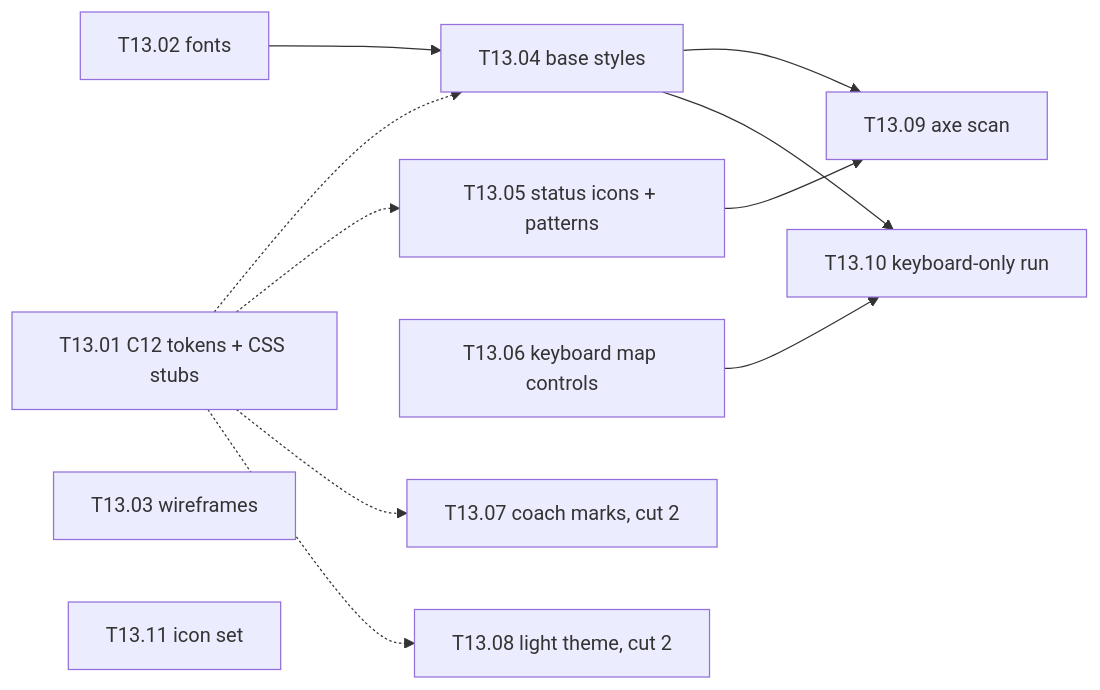
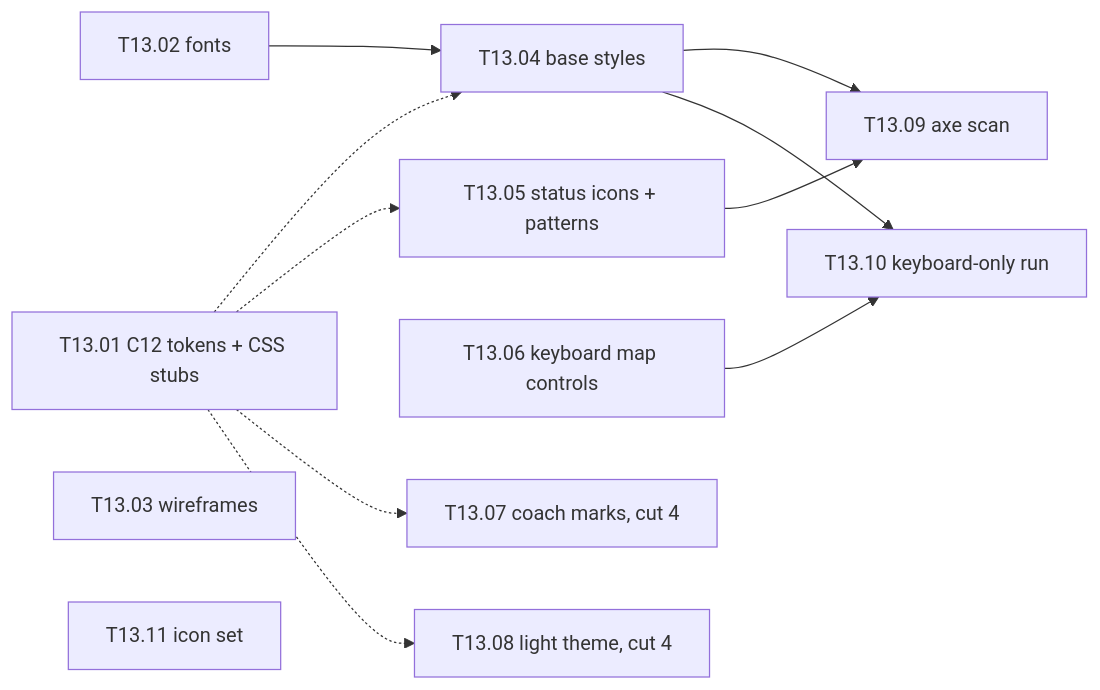
One commit to tashobi02/Gale-Surface-Ops changed the diagram in docs/tasks/TASK-13_visual-system-accessibility.md. Above: the diagram before and after it, drawn with Mermaid. The commit also changed other lines of this file and 24 other files, not shown here.

````diff
--- a/docs/tasks/TASK-13_visual-system-accessibility.md
+++ b/docs/tasks/TASK-13_visual-system-accessibility.md
@@ -363,24 +365,24 @@
 ```mermaid
 flowchart LR
   T13_01["T13.01 C12 tokens + CSS stubs"]
   T13_02["T13.02 fonts"]
   T13_03["T13.03 wireframes"]
   T13_04["T13.04 base styles"]
   T13_05["T13.05 status icons + patterns"]
   T13_06["T13.06 keyboard map controls"]
-  T13_07["T13.07 coach marks, cut 2"]
-  T13_08["T13.08 light theme, cut 2"]
+  T13_07["T13.07 coach marks, cut 4"]
+  T13_08["T13.08 light theme, cut 4"]
   T13_09["T13.09 axe scan"]
   T13_10["T13.10 keyboard-only run"]
 
   T13_01 -.-> T13_04
   T13_01 -.-> T13_05
   T13_01 -.-> T13_07
   T13_01 -.-> T13_08
   T13_02 --> T13_04
   T13_04 --> T13_09
   T13_05 --> T13_09
   T13_04 --> T13_10
   T13_06 --> T13_10
   T13_11["T13.11 icon set"]
 ```
````
